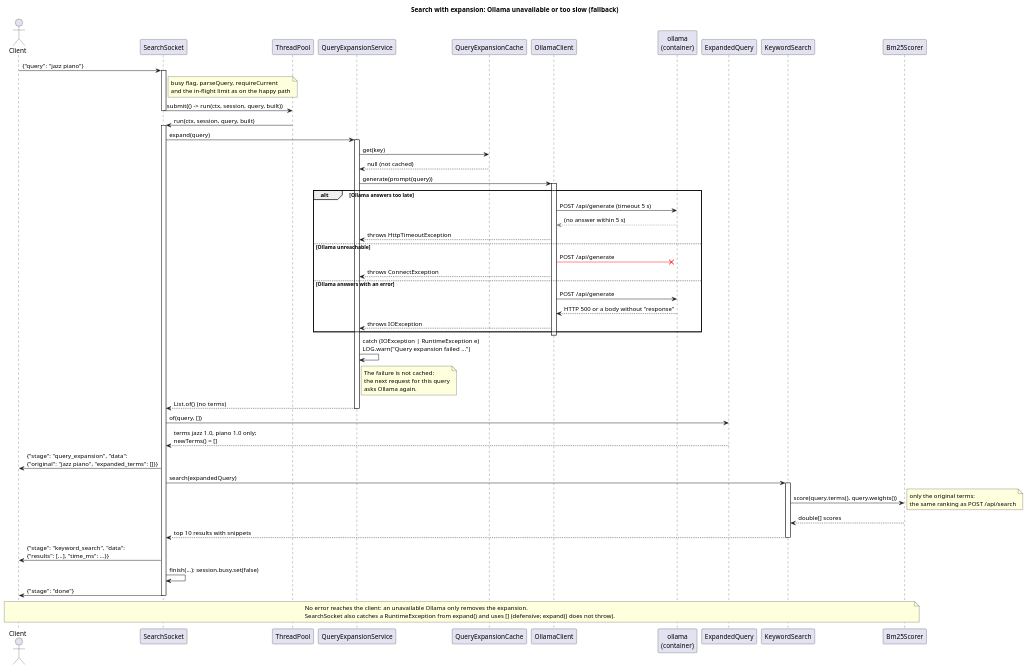
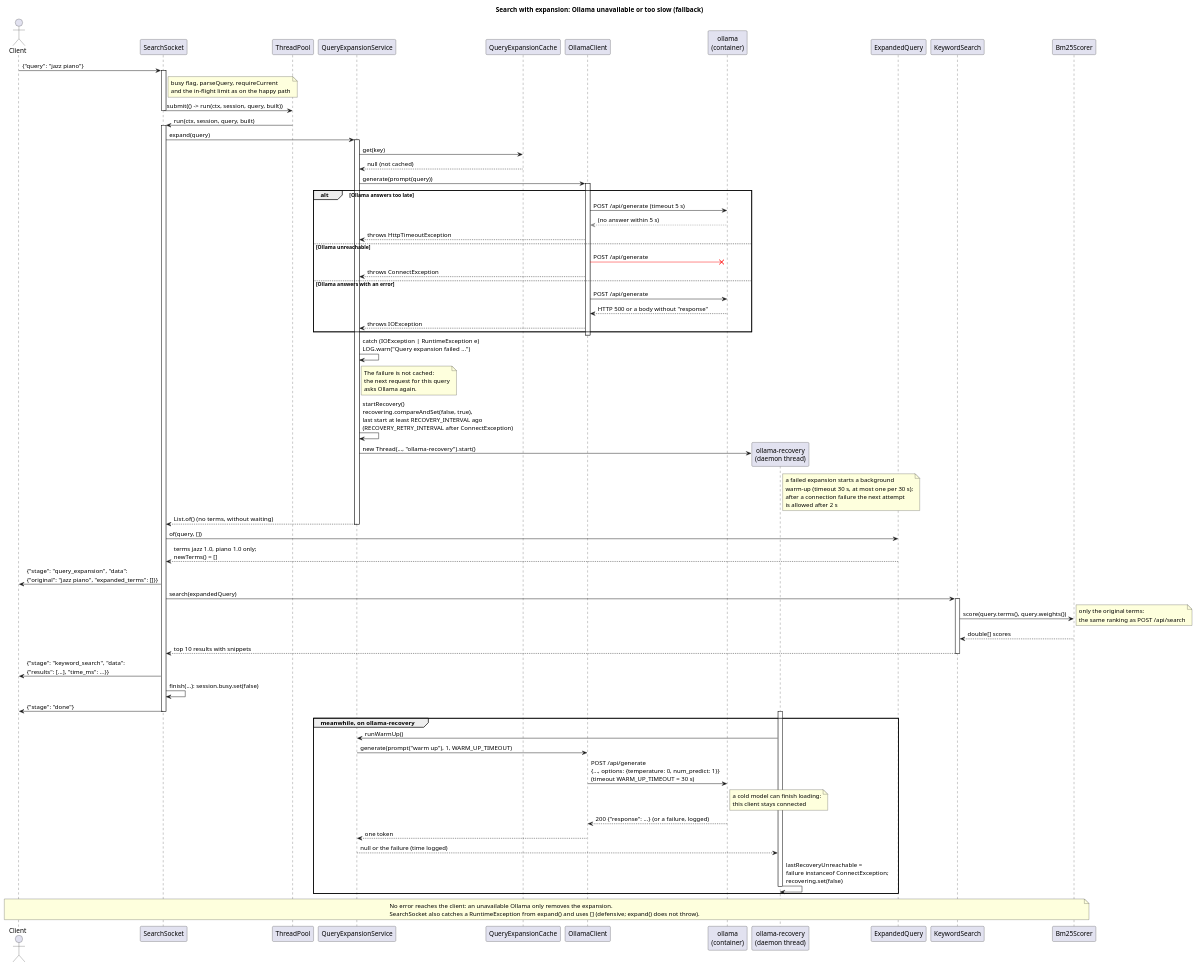
One commit to poBEDA1631/course_work_parallel_computing changed the diagram in docs/sequence_search_expansion_fallback.puml. Above: the diagram before and after it, drawn with PlantUML. The commit also changed 6 other files, not shown here.

Commit message:
docs: describe expansion self-recovery and the warm-up timeout

```diff
--- a/docs/sequence_search_expansion_fallback.puml
+++ b/docs/sequence_search_expansion_fallback.puml
@@ -1,75 +1,97 @@
 @startuml sequence_search_expansion_fallback
 title Search with expansion: Ollama unavailable or too slow (fallback)
 
 actor Client
 participant SearchSocket
 participant ThreadPool
 participant QueryExpansionService
 participant QueryExpansionCache
 participant OllamaClient
 participant "ollama\n(container)" as Ollama
+participant "ollama-recovery\n(daemon thread)" as Recovery
 participant ExpandedQuery
 participant KeywordSearch
 participant Bm25Scorer
 
 Client -> SearchSocket : {"query": "jazz piano"}
 activate SearchSocket
 note right of SearchSocket: busy flag, parseQuery, requireCurrent\nand the in-flight limit as on the happy path
 SearchSocket -> ThreadPool : submit(() -> run(ctx, session, query, built))
 deactivate SearchSocket
 
 ThreadPool -> SearchSocket : run(ctx, session, query, built)
 activate SearchSocket
 SearchSocket -> QueryExpansionService : expand(query)
 activate QueryExpansionService
 QueryExpansionService -> QueryExpansionCache : get(key)
 QueryExpansionCache --> QueryExpansionService : null (not cached)
 QueryExpansionService -> OllamaClient : generate(prompt(query))
 activate OllamaClient
 
 alt Ollama answers too late
   OllamaClient -> Ollama : POST /api/generate (timeout 5 s)
   Ollama -[#gray]-> OllamaClient : (no answer within 5 s)
   OllamaClient --> QueryExpansionService : throws HttpTimeoutException
 else Ollama unreachable
   OllamaClient -[#red]>x Ollama : POST /api/generate
   OllamaClient --> QueryExpansionService : throws ConnectException
 else Ollama answers with an error
   OllamaClient -> Ollama : POST /api/generate
   Ollama --> OllamaClient : HTTP 500 or a body without "response"
   OllamaClient --> QueryExpansionService : throws IOException
 end
 deactivate OllamaClient
 
 QueryExpansionService -> QueryExpansionService : catch (IOException | RuntimeException e)\nLOG.warn("Query expansion failed ...")
 note right of QueryExpansionService
   The failure is not cached:
   the next request for this query
   asks Ollama again.
 end note
-QueryExpansionService --> SearchSocket : List.of()  (no terms)
+QueryExpansionService -> QueryExpansionService : startRecovery()\nrecovering.compareAndSet(false, true),\nlast start at least RECOVERY_INTERVAL ago\n(RECOVERY_RETRY_INTERVAL after ConnectException)
+QueryExpansionService -> Recovery ** : new Thread(..., "ollama-recovery").start()
+note right of Recovery
+  a failed expansion starts a background
+  warm-up (timeout 30 s, at most one per 30 s);
+  after a connection failure the next attempt
+  is allowed after 2 s
+end note
+QueryExpansionService --> SearchSocket : List.of()  (no terms, without waiting)
 deactivate QueryExpansionService
 
 SearchSocket -> ExpandedQuery : of(query, [])
 ExpandedQuery --> SearchSocket : terms jazz 1.0, piano 1.0 only;\nnewTerms() = []
 SearchSocket -> Client : {"stage": "query_expansion", "data":\n{"original": "jazz piano", "expanded_terms": []}}
 
 SearchSocket -> KeywordSearch : search(expandedQuery)
 activate KeywordSearch
 KeywordSearch -> Bm25Scorer : score(query.terms(), query.weights())
 note right: only the original terms:\nthe same ranking as POST /api/search
 Bm25Scorer --> KeywordSearch : double[] scores
 KeywordSearch --> SearchSocket : top 10 results with snippets
 deactivate KeywordSearch
 
 SearchSocket -> Client : {"stage": "keyword_search", "data":\n{"results": [...], "time_ms": ...}}
 SearchSocket -> SearchSocket : finish(...): session.busy.set(false)
 SearchSocket -> Client : {"stage": "done"}
 deactivate SearchSocket
 
+group meanwhile, on ollama-recovery
+  activate Recovery
+  Recovery -> QueryExpansionService : runWarmUp()
+  QueryExpansionService -> OllamaClient : generate(prompt("warm up"), 1, WARM_UP_TIMEOUT)
+  OllamaClient -> Ollama : POST /api/generate\n{..., options: {temperature: 0, num_predict: 1}}\n(timeout WARM_UP_TIMEOUT = 30 s)
+  note right of Ollama: a cold model can finish loading:\nthis client stays connected
+  Ollama --> OllamaClient : 200 {"response": ...} (or a failure, logged)
+  OllamaClient --> QueryExpansionService : one token
+  QueryExpansionService --> Recovery : null or the failure (time logged)
+  Recovery -> Recovery : lastRecoveryUnreachable =\nfailure instanceof ConnectException;\nrecovering.set(false)
+  deactivate Recovery
+end
+
 note over Client, Bm25Scorer
   No error reaches the client: an unavailable Ollama only removes the expansion.
   SearchSocket also catches a RuntimeException from expand() and uses [] (defensive; expand() does not throw).
 end note
 
 @enduml
```
